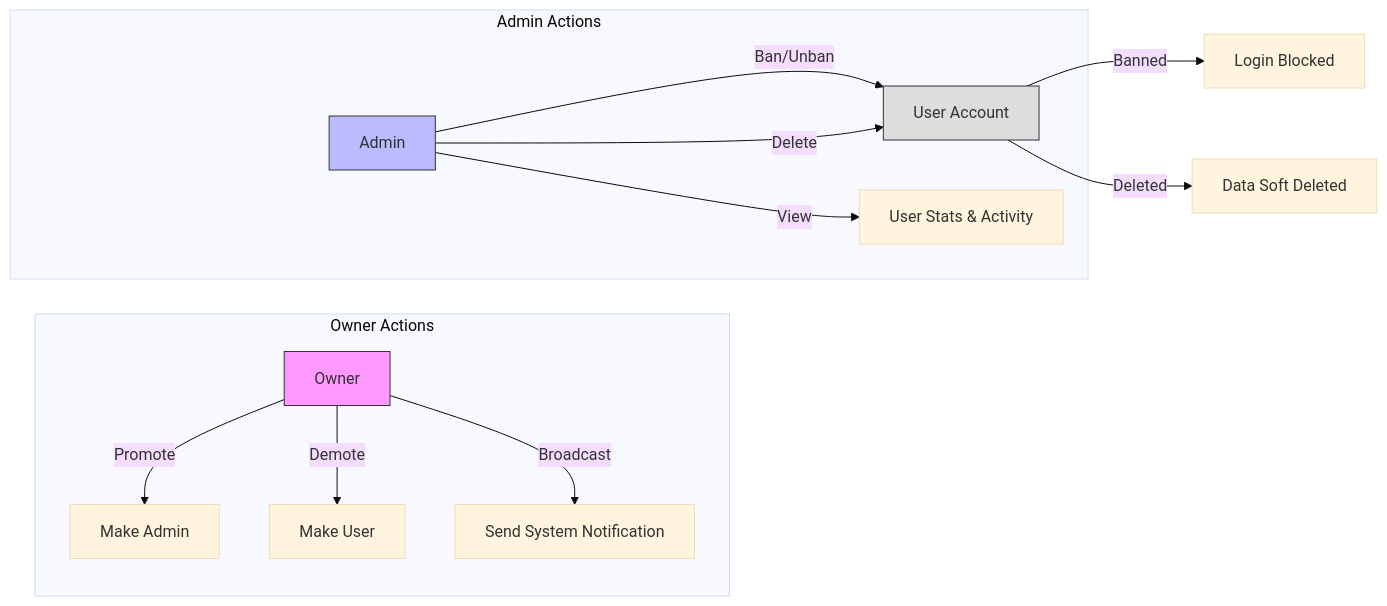
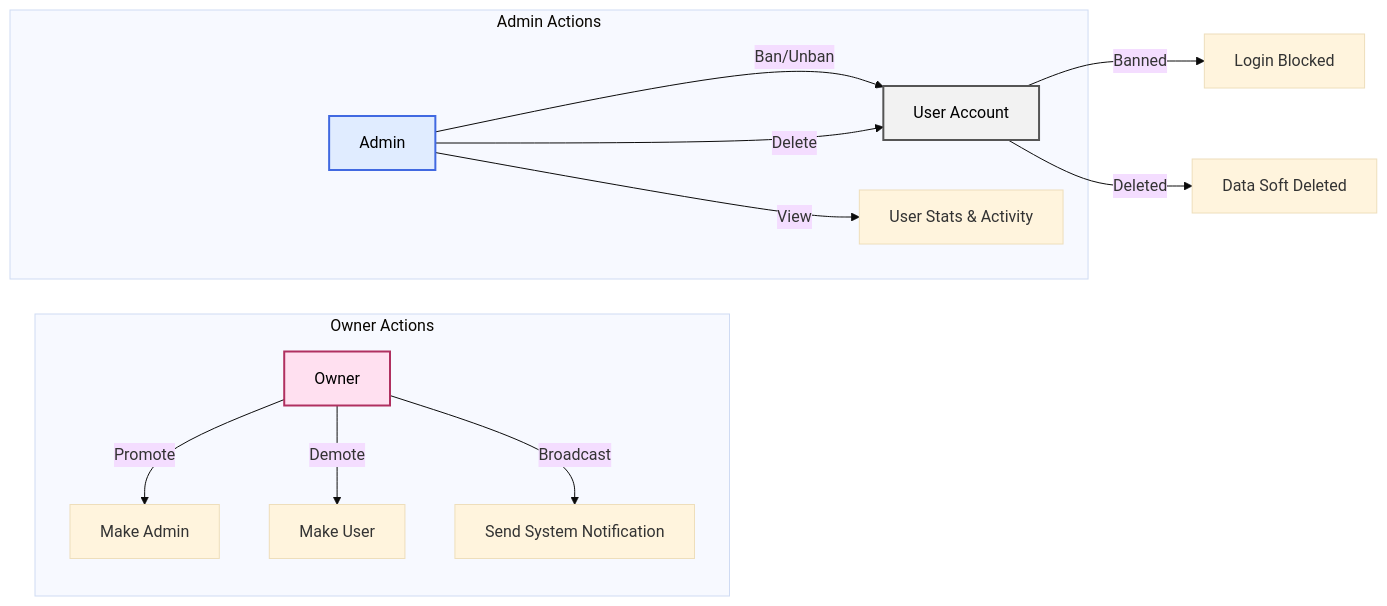
The fourth of 6 diagrams in WORKFLOW_NOTEBOOK.md (nirdeshbhesaniya/InterviewAI2.0), drawn with Mermaid (base theme) before and after one commit. The commit also changed other lines of this file, not shown here.

Commit message:
Make more visible diagram

````diff
--- a/WORKFLOW_NOTEBOOK.md
+++ b/WORKFLOW_NOTEBOOK.md
@@ -161,21 +225,39 @@
 ```mermaid
 graph LR
+
+    %% ========================
+    %% Owner Actions
+    %% ========================
     subgraph Owner Actions
         O[Owner] -->|Promote| A[Make Admin]
         O -->|Demote| U[Make User]
         O -->|Broadcast| N[Send System Notification]
     end
-    
+
+
+    %% ========================
+    %% Admin Actions
+    %% ========================
     subgraph Admin Actions
         AD[Admin] -->|Ban/Unban| B[User Account]
         AD -->|Delete| B
         AD -->|View| S[User Stats & Activity]
     end
-    
+
+
+    %% ========================
+    %% Account Status
+    %% ========================
     B -->|Banned| L[Login Blocked]
     B -->|Deleted| D[Data Soft Deleted]
-    
-    style O fill:#f9f,stroke:#333
-    style AD fill:#bbf,stroke:#333
-    style B fill:#ddd,stroke:#333
+
+
+    %% ========================
+    %% Node Styling (High Contrast)
+    %% ========================
+
+    style O  fill:#FFE0F0,stroke:#B03060,stroke-width:2px,color:#000
+    style AD fill:#E0ECFF,stroke:#4169E1,stroke-width:2px,color:#000
+    style B  fill:#F2F2F2,stroke:#555,stroke-width:2px,color:#000
+
 ```
````
